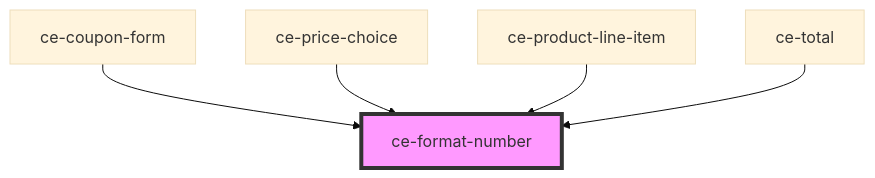
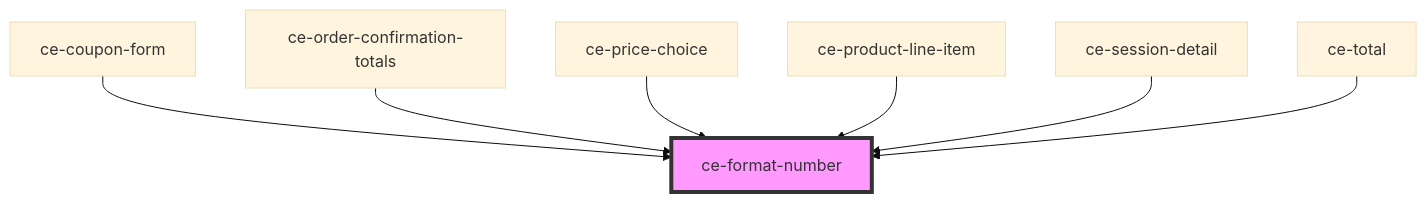
One commit to surecart/surecart-wp-plugin changed the diagram in packages/components/src/components/util/format-number/readme.md. Above: the diagram before and after it, drawn with Mermaid (base theme). The commit also changed other lines of this file and 56 other files, not shown here.

````diff
--- a/packages/components/src/components/util/format-number/readme.md
+++ b/packages/components/src/components/util/format-number/readme.md
@@ -36,8 +38,10 @@
 ```mermaid
 graph TD;
   ce-coupon-form --> ce-format-number
+  ce-order-confirmation-totals --> ce-format-number
   ce-price-choice --> ce-format-number
   ce-product-line-item --> ce-format-number
+  ce-session-detail --> ce-format-number
   ce-total --> ce-format-number
   style ce-format-number fill:#f9f,stroke:#333,stroke-width:4px
 ```
````
